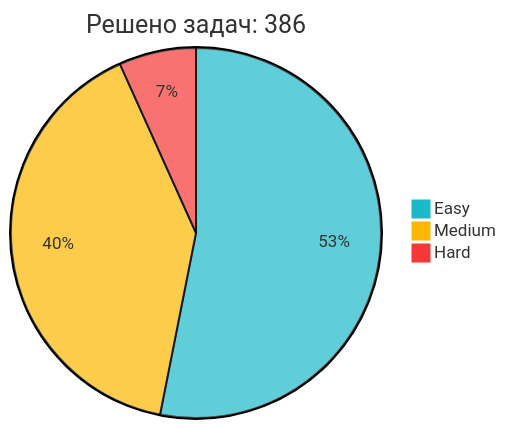
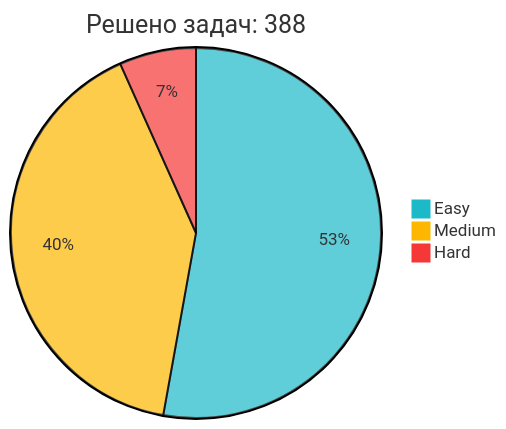
The diagram in README.md (IliaKurdukov/IliaKurdukov), drawn with Mermaid before and after one commit. The commit also changed other lines of this file, not shown here.

Commit message:
📈 Обновление статистики LeetCode

````diff
--- a/README.md
+++ b/README.md
@@ -51,7 +51,7 @@
 ```mermaid
 %%{init: {'theme': 'base', 'themeVariables': { 'pie1': '#1CBAC8', 'pie2': '#FEB700', 'pie3': '#F63737' }, 'config': {'width': 300, 'height': 200}}}%%
-pie title Решено задач: 386
+pie title Решено задач: 388
    "Easy" : 205
-   "Medium" : 155
+   "Medium" : 157
    "Hard" : 26
 ```
````
